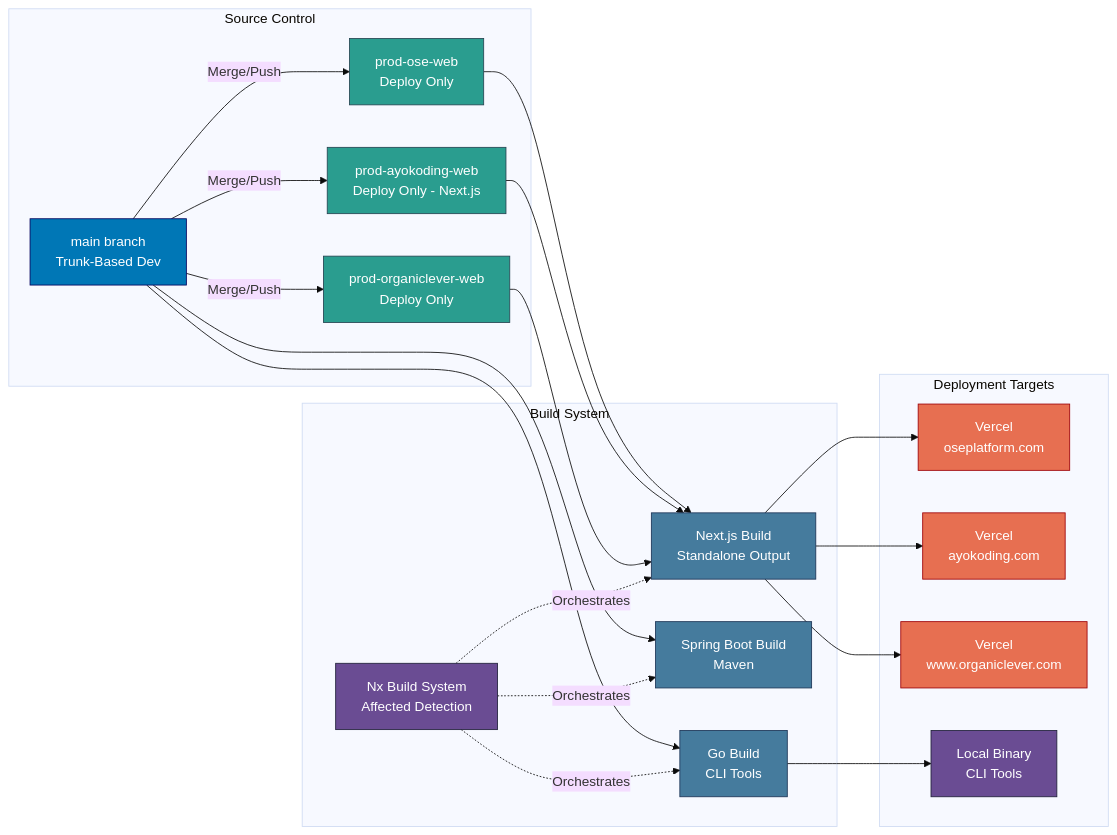
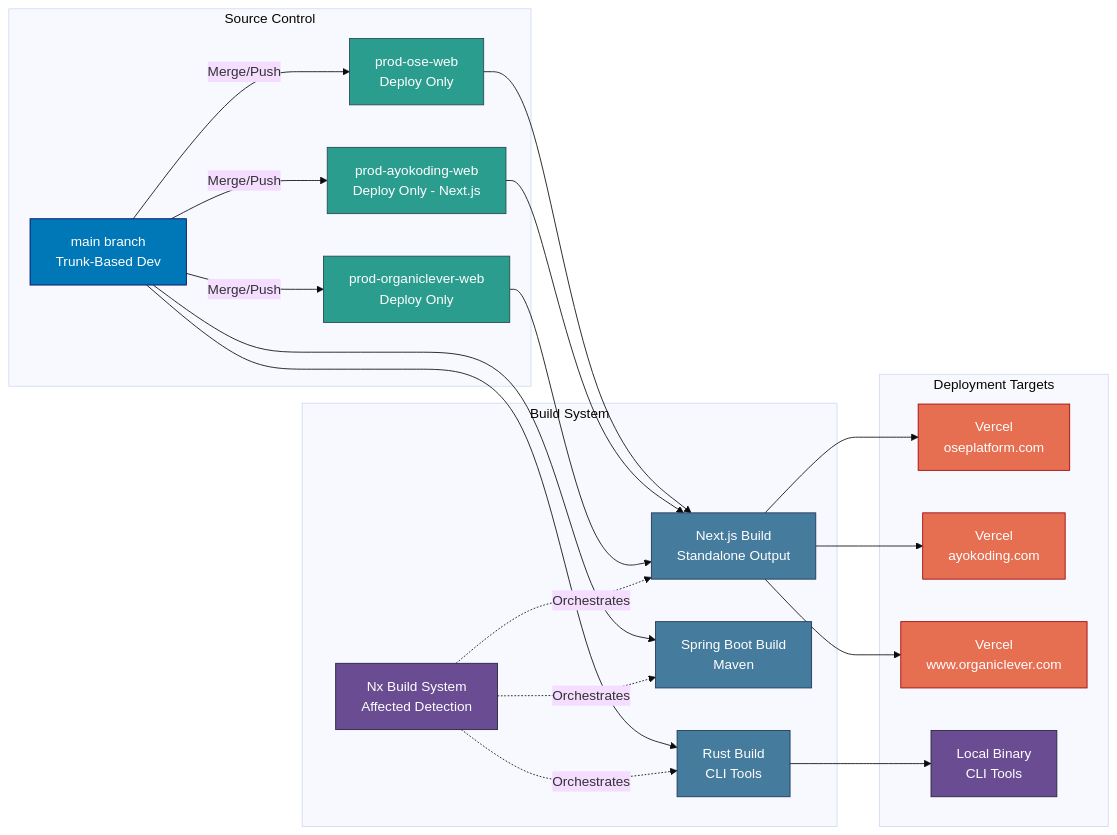
Before and after one commit to wahidyankf/baseerah: the diagram in docs/reference/system-architecture/deployment.md, drawn with Mermaid (base theme). The commit also changed other lines of this file and 103 other files, not shown here.

````diff
--- a/docs/reference/system-architecture/deployment.md
+++ b/docs/reference/system-architecture/deployment.md
@@ -18,55 +18,55 @@
 ```mermaid
 graph LR
     subgraph "Source Control"
         MAIN[main branch<br/>Trunk-Based Dev]
         PROD_OSE[prod-ose-web<br/>Deploy Only]
         PROD_AYO[prod-ayokoding-web<br/>Deploy Only - Next.js]
         PROD_OL[prod-organiclever-web<br/>Deploy Only]
     end
 
     subgraph "Build System"
         NX_BUILD[Nx Build System<br/>Affected Detection]
         NEXT_BUILD[Next.js Build<br/>Standalone Output]
         SPRING_BUILD[Spring Boot Build<br/>Maven]
-        GO_BUILD[Go Build<br/>CLI Tools]
+        RUST_BUILD[Rust Build<br/>CLI Tools]
     end
 
     subgraph "Deployment Targets"
         VERCEL_OSE[Vercel<br/>oseplatform.com]
         VERCEL_AYO[Vercel<br/>ayokoding.com]
         VERCEL_OL[Vercel<br/>www.organiclever.com]
         LOCAL[Local Binary<br/>CLI Tools]
     end
 
     MAIN -->|Merge/Push| PROD_OSE
     MAIN -->|Merge/Push| PROD_AYO
     MAIN -->|Merge/Push| PROD_OL
 
     PROD_OSE --> NEXT_BUILD
     PROD_AYO --> NEXT_BUILD
     PROD_OL --> NEXT_BUILD
-    MAIN --> GO_BUILD
+    MAIN --> RUST_BUILD
     MAIN --> SPRING_BUILD
 
     NEXT_BUILD --> VERCEL_OSE
     NEXT_BUILD --> VERCEL_AYO
     NEXT_BUILD --> VERCEL_OL
-    GO_BUILD --> LOCAL
+    RUST_BUILD --> LOCAL
 
     NX_BUILD -.->|Orchestrates| NEXT_BUILD
     NX_BUILD -.->|Orchestrates| SPRING_BUILD
-    NX_BUILD -.->|Orchestrates| GO_BUILD
+    NX_BUILD -.->|Orchestrates| RUST_BUILD
 
     style MAIN fill:#0077b6,stroke:#03045e,color:#ffffff
     style PROD_OSE fill:#2a9d8f,stroke:#264653,color:#ffffff
     style PROD_AYO fill:#2a9d8f,stroke:#264653,color:#ffffff
     style PROD_OL fill:#2a9d8f,stroke:#264653,color:#ffffff
     style NX_BUILD fill:#6a4c93,stroke:#22223b,color:#ffffff
     style NEXT_BUILD fill:#457b9d,stroke:#1d3557,color:#ffffff
     style SPRING_BUILD fill:#457b9d,stroke:#1d3557,color:#ffffff
-    style GO_BUILD fill:#457b9d,stroke:#1d3557,color:#ffffff
+    style RUST_BUILD fill:#457b9d,stroke:#1d3557,color:#ffffff
     style VERCEL_OSE fill:#e76f51,stroke:#9d0208,color:#ffffff
     style VERCEL_AYO fill:#e76f51,stroke:#9d0208,color:#ffffff
     style VERCEL_OL fill:#e76f51,stroke:#9d0208,color:#ffffff
     style LOCAL fill:#6a4c93,stroke:#22223b,color:#ffffff
 ```
````
